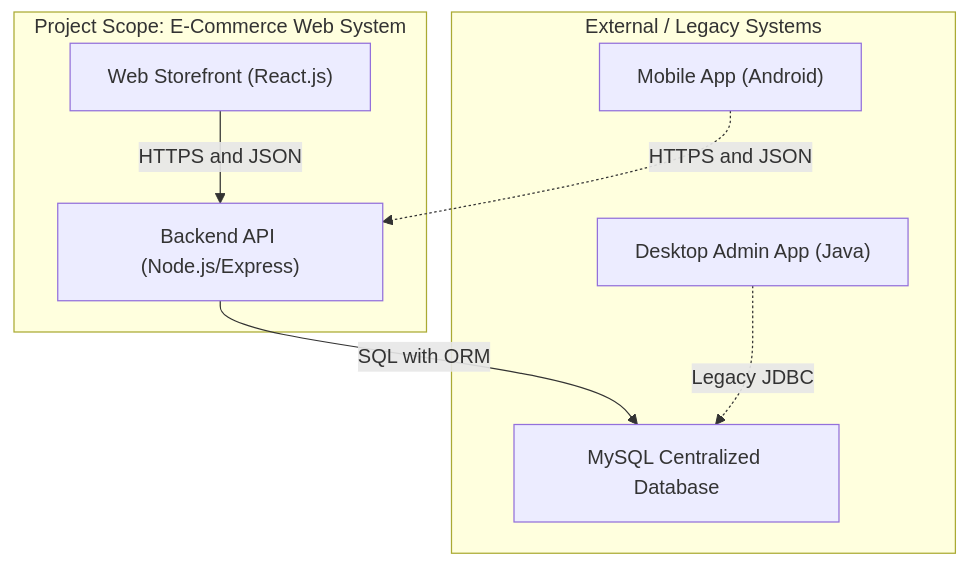
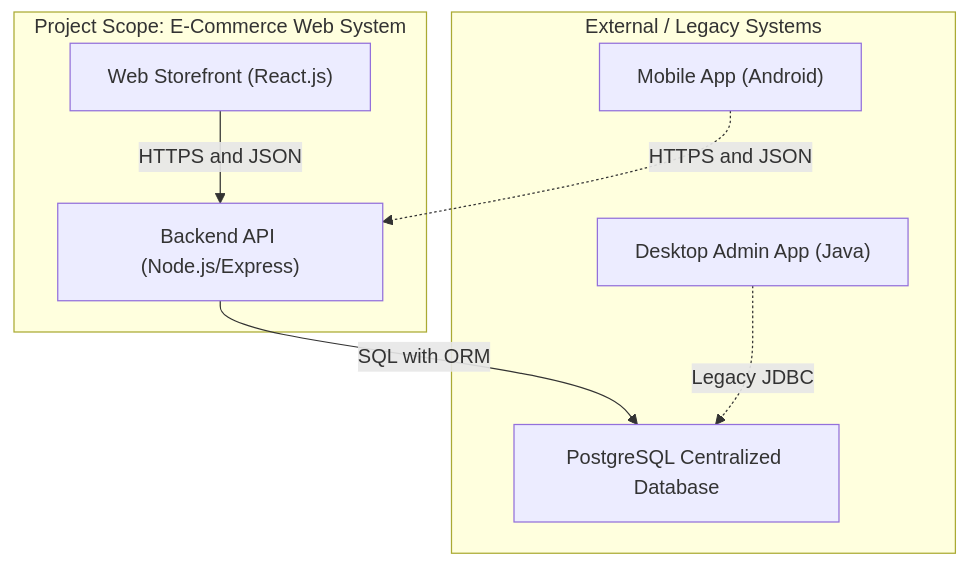
Before and after one commit to mrodriguezul/cti-adp-software: the diagram in e-commerce/doc/architecture-diagram.md, drawn with Mermaid. The commit also changed other lines of this file and 6 other files, not shown here.

Commit message:
Update documentation to reflect PostgreSQL database integration across various files

````diff
--- a/e-commerce/doc/architecture-diagram.md
+++ b/e-commerce/doc/architecture-diagram.md
@@ -13,18 +13,18 @@
 ```mermaid
 graph TD
     subgraph "Project Scope: E-Commerce Web System"
         Web["Web Storefront (React.js)"]
         API["Backend API (Node.js/Express)"]
     end
 
     subgraph "External / Legacy Systems"
-        DB["MySQL Centralized Database"]
+        DB["PostgreSQL Centralized Database"]
         Desktop["Desktop Admin App (Java)"]
         Mobile["Mobile App (Android)"]
     end
 
     Web -->|HTTPS and JSON| API
     API -->|SQL with ORM| DB
     Desktop -.->|Legacy JDBC| DB
     Mobile -.->|HTTPS and JSON| API
 ```
````
